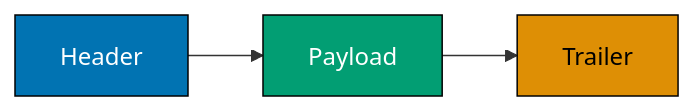
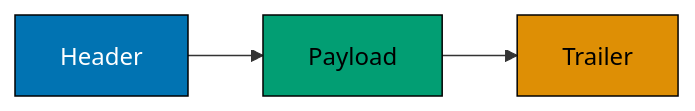
Before and after one commit to wahidyankf/ose-public: the first of 6 diagrams in apps/ayokoding-www/content/en/learn/legacy/software-engineering/networking/introduction.md, drawn with Mermaid. The commit also changed other lines of this file and 78 other files, not shown here.

First line of the commit message:
fix(mermaid): bring the remaining legacy software-engineering diagrams onto the accessible palette

````diff
--- a/apps/ayokoding-www/content/en/learn/legacy/software-engineering/networking/introduction.md
+++ b/apps/ayokoding-www/content/en/learn/legacy/software-engineering/networking/introduction.md
@@ -41,10 +41,16 @@
 ```mermaid
 %% Color Palette: Blue #0173B2, Orange #DE8F05, Teal #029E73, Purple #CC78BC, Brown #CA9161
 flowchart LR
+    accTitle: Packets
+    accDescr: Flowchart with 3 nodes and 2 connections. Nodes: Header, Payload, Trailer. Connections: Header to Payload, Payload to Trailer.
     A[Header] --> B[Payload]
     B --> C[Trailer]
 
-    style A fill:#0173B2,stroke:#000,color:#fff
-    style B fill:#029E73,stroke:#000,color:#fff
-    style C fill:#DE8F05,stroke:#000,color:#000
+    classDef pal-0173B2 fill:#0173B2,stroke:#000000,color:#FFFFFF
+    class A pal-0173B2
+    classDef pal-029E73 fill:#029E73,stroke:#000000,color:#000000
+    class B pal-029E73
+    classDef pal-DE8F05 fill:#DE8F05,stroke:#000000,color:#000000
+    class C pal-DE8F05
+    classDef default fill:#FFFFFF,stroke:#000000,color:#000000
 ```
````
